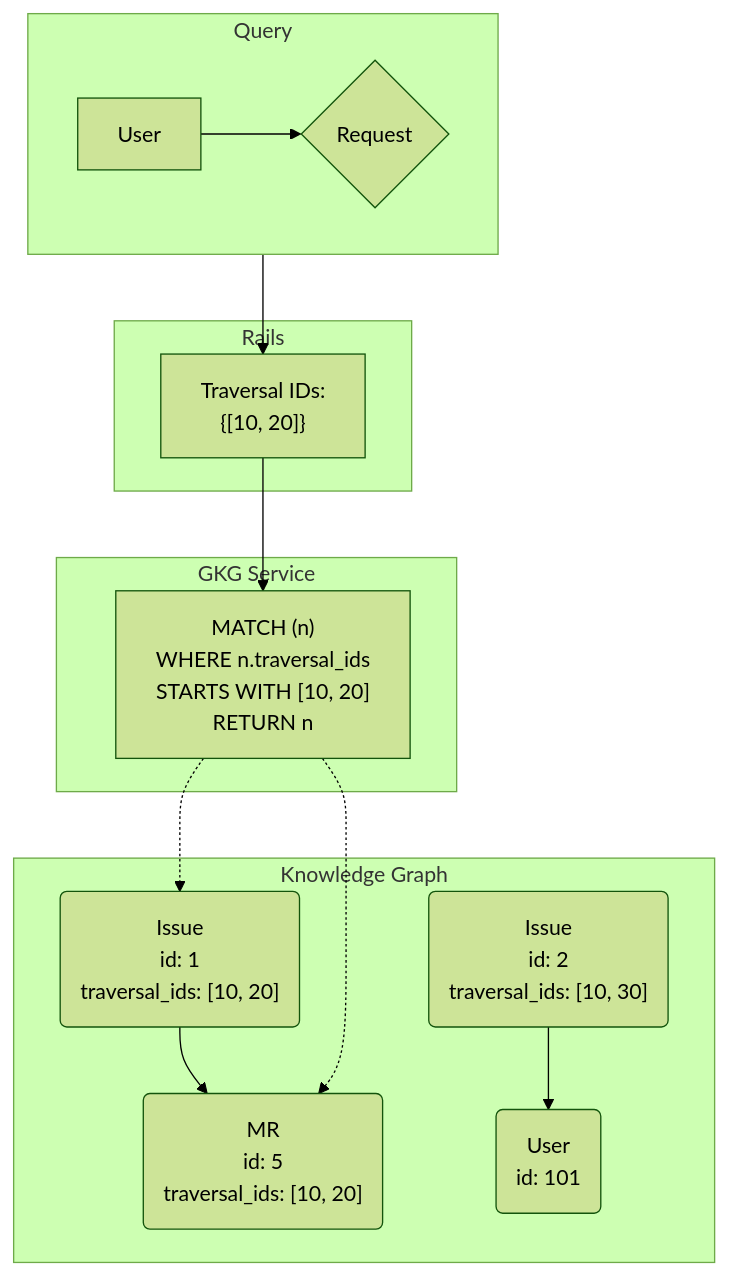
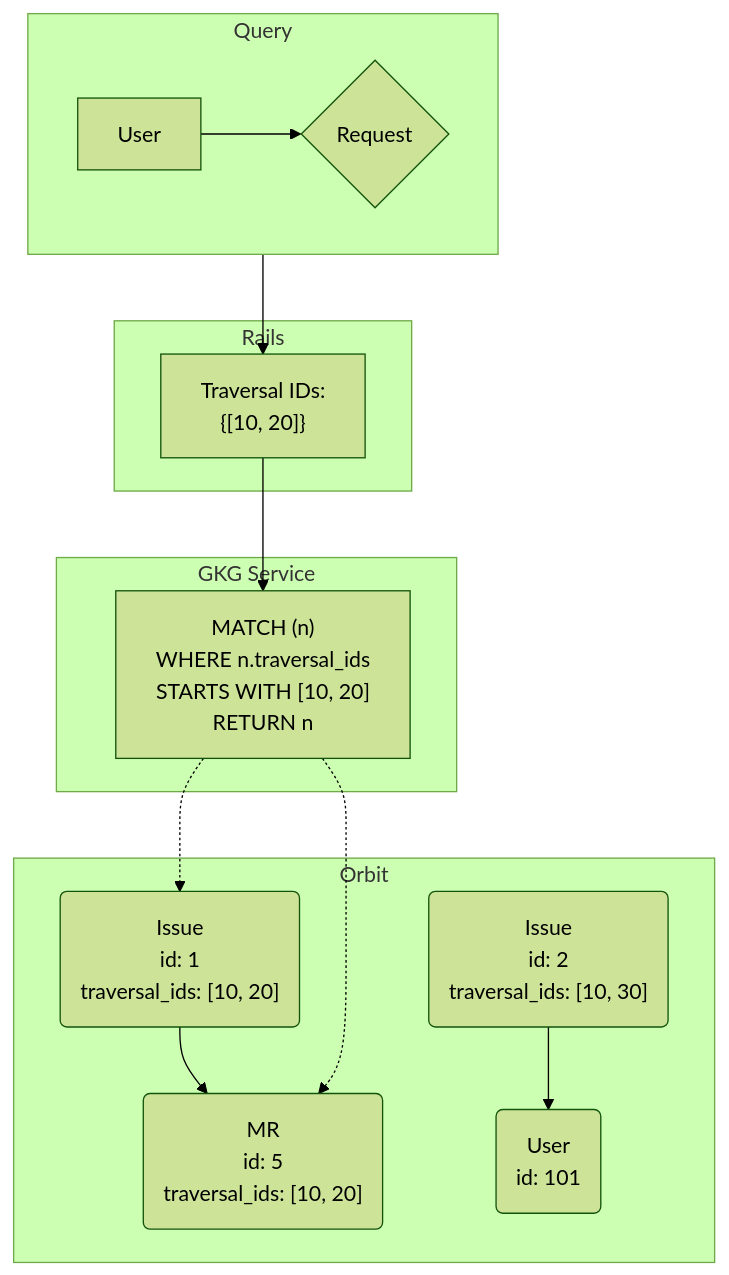
Before and after one commit to gitlabhq/orbit-knowledge-graph: the third of 4 diagrams in docs/design-documents/security.md, drawn with Mermaid (forest theme). The commit also changed other lines of this file and 94 other files, not shown here.

Commit message:
docs(orbit): say Orbit instead of Knowledge Graph across prose

````diff
--- a/docs/design-documents/security.md
+++ b/docs/design-documents/security.md
@@ -160,29 +160,29 @@
 ```mermaid
 graph TD
-    subgraph Knowledge Graph
+    subgraph Orbit
         A("Issue<br/>id: 1<br/>traversal_ids: [10, 20]")
         B("Issue<br/>id: 2<br/>traversal_ids: [10, 30]")
         C("MR<br/>id: 5<br/>traversal_ids: [10, 20]")
         D("User<br/>id: 101")
         A --> C
         B --> D
     end
 
     subgraph Query
         direction LR
         U[User] --> R{Request}
     end
 
     subgraph Rails
         TIDs["Traversal IDs:<br/>{[10, 20]}"]
     end
 
     subgraph GKG_Service ["GKG Service"]
         Q["MATCH (n)<br/>WHERE n.traversal_ids<br/>STARTS WITH [10, 20]<br/>RETURN n"]
     end
 
     R --> TIDs
     TIDs --> Q
     Q -.-> A
     Q -.-> C
 ```
````
